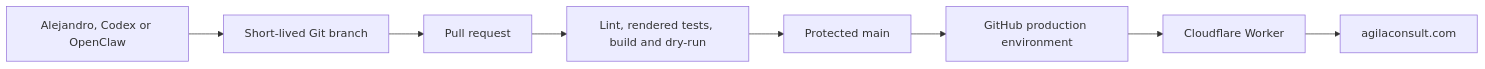
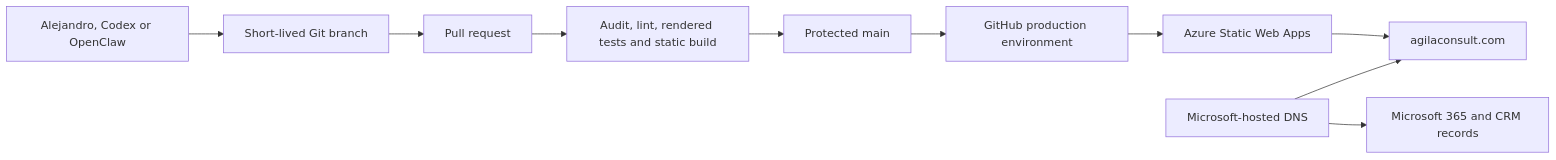
Before and after one commit to a-sim/agilaconsulting: the diagram in docs/ARCHITECTURE.md, drawn with Mermaid. The commit also changed other lines of this file and 16 other files, not shown here.

````diff
--- a/docs/ARCHITECTURE.md
+++ b/docs/ARCHITECTURE.md
@@ -16,10 +16,12 @@
 ```mermaid
 flowchart LR
   A["Alejandro, Codex or OpenClaw"] --> B["Short-lived Git branch"]
   B --> C["Pull request"]
-  C --> D["Lint, rendered tests, build and dry-run"]
+  C --> D["Audit, lint, rendered tests and static build"]
   D --> E["Protected main"]
   E --> F["GitHub production environment"]
-  F --> G["Cloudflare Worker"]
+  F --> G["Azure Static Web Apps"]
   G --> H["agilaconsult.com"]
+  I["Microsoft-hosted DNS"] --> H
+  I --> J["Microsoft 365 and CRM records"]
 ```
````
